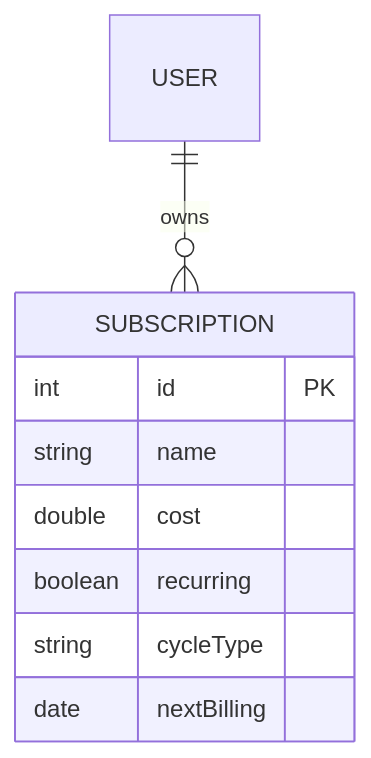
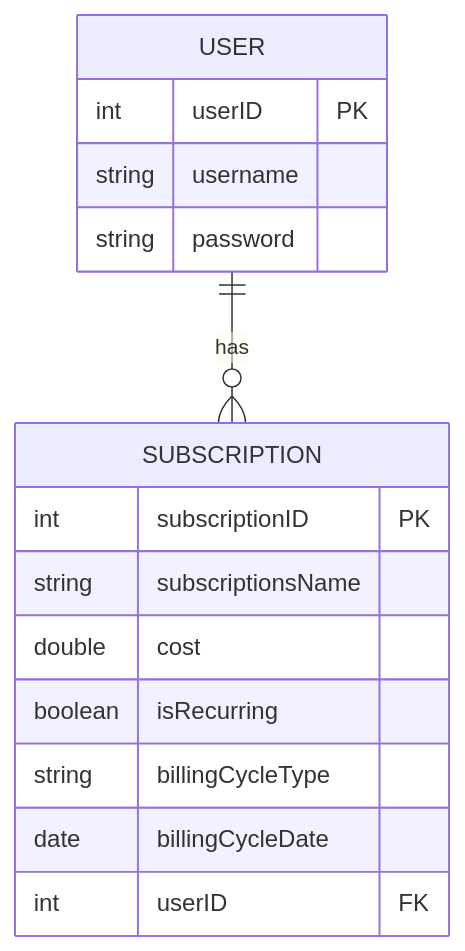
Before and after one commit to HashirOwais/NextPay-Subscription_Simplifed: the third of 13 diagrams in TESTING.md, drawn with Mermaid. The commit also changed other lines of this file, not shown here.

````diff
--- a/TESTING.md
+++ b/TESTING.md
@@ -125,12 +125,18 @@
 ```mermaid
 erDiagram
-  USER ||--o{ SUBSCRIPTION : owns
+  USER ||--o{ SUBSCRIPTION : "has"
+  USER {
+    int userID PK
+    string username
+    string password
+  }
   SUBSCRIPTION {
-    int id PK
-    string name
+    int subscriptionID PK
+    string subscriptionsName
     double cost
-    boolean recurring
-    string cycleType
-    date nextBilling
+    boolean isRecurring
+    string billingCycleType
+    date billingCycleDate
+    int userID FK
   }
 ```
````
